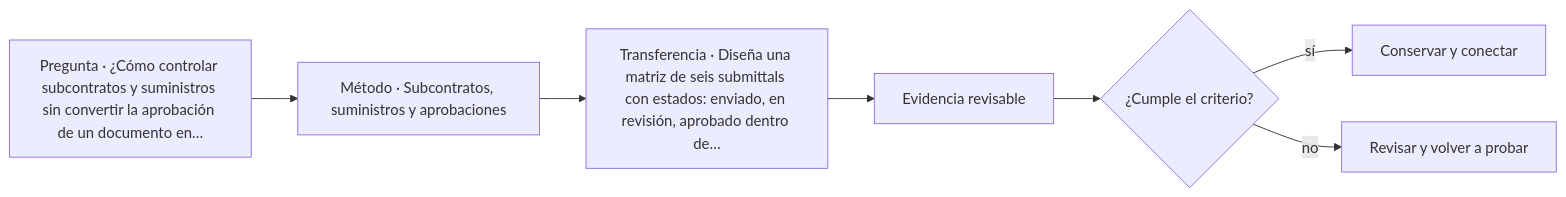
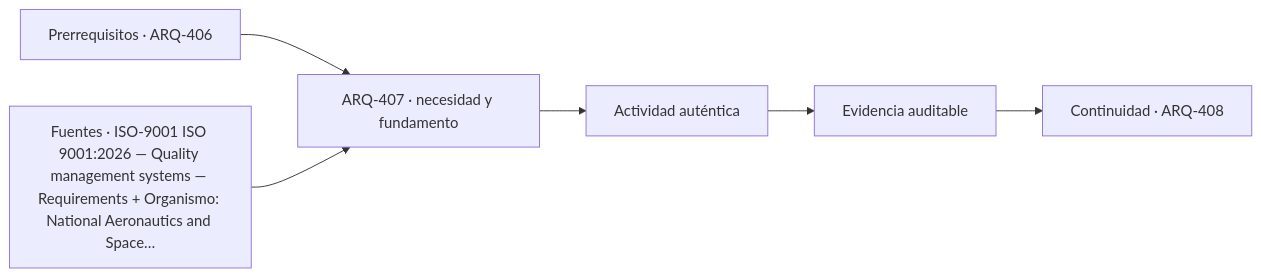
The diagram in classes/parte-41/ARQ-407.md (vladimiracunadev-create/architecture-built-environment-learning-program), drawn with Mermaid before and after one commit. The commit also changed other lines of this file and 761 other files, not shown here.

````diff
--- a/classes/parte-41/ARQ-407.md
+++ b/classes/parte-41/ARQ-407.md
@@ -91,9 +103,8 @@
 ```mermaid
 flowchart LR
-    Q["Pregunta · ¿Cómo controlar subcontratos y suministros sin convertir la aprobación de un documento en…"] --> M["Método · Subcontratos, suministros y aprobaciones"]
-    M --> P["Transferencia · Diseña una matriz de seis submittals con estados: enviado, en revisión, aprobado dentro de…"]
-    P --> E["Evidencia revisable"]
-    E --> C{"¿Cumple el criterio?"}
-    C -->|sí| T["Conservar y conectar"]
-    C -->|no| R["Revisar y volver a probar"]
+    A["Prerrequisitos · ARQ-406"] --> B["ARQ-407 · necesidad y fundamento"]
+    S["Fuentes · ISO-9001 ISO 9001:2026 — Quality management systems — Requirements + Organismo: National Aeronautics and Space…"] --> B
+    B --> C["Actividad auténtica"]
+    C --> D["Evidencia auditable"]
+    D --> E["Continuidad · ARQ-408"]
 ```
````
